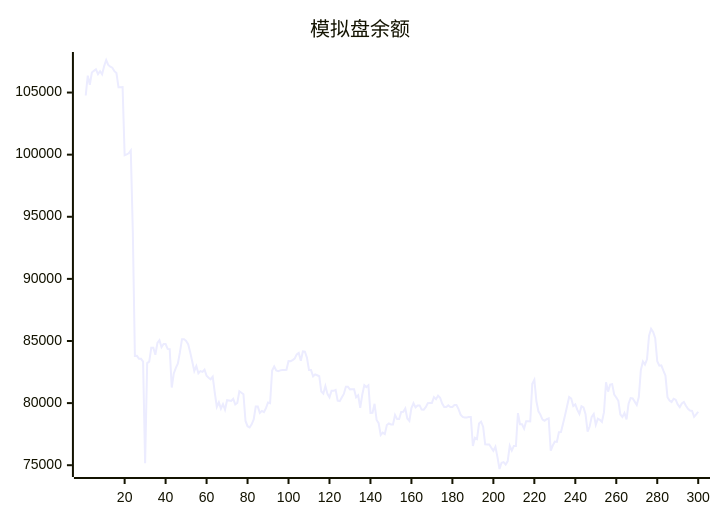
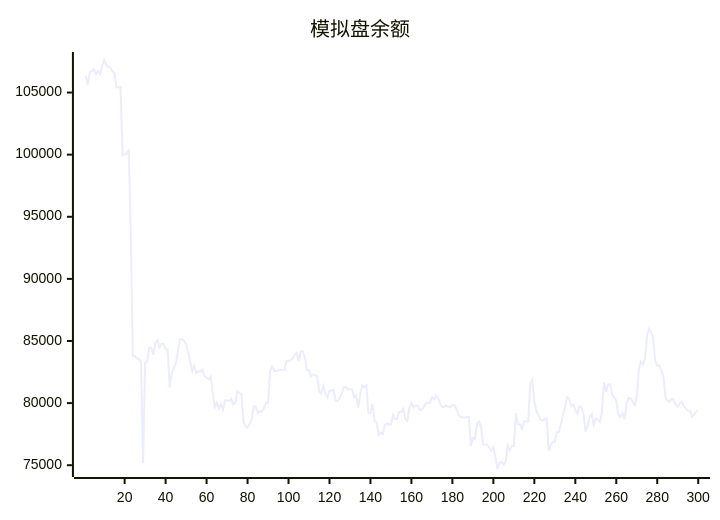
The diagram in README.md (aahl/ai-trading), drawn with Mermaid before and after one commit. The commit also changed other lines of this file and 1 other file, not shown here.

````diff
--- a/README.md
+++ b/README.md
@@ -5,5 +5,5 @@
 ```mermaid
 xychart
     title "模拟盘余额"
-    line [104762,106364,105628,106608,106748,106872,106485,106721,106468,107132,107620,107224,107080,107001,106717,106567,105431,105431,105440,99950,100017,100113,100337,93749,83795,83807,83567,83567,83342,75168,83222,83336,84448,84449,83896,84839,85065,84499,84757,84757,84364,84347,81254,82385,82835,83184,84099,85150,85150,85002,84751,84096,83356,82582,82983,82404,82572,82512,82688,82200,82047,81920,82125,80840,79688,80060,79552,79920,79470,80236,80208,80170,80336,79894,80006,80954,80837,80712,78561,78139,78037,78293,78682,79720,79720,79214,79372,79279,79591,80046,79993,82625,82950,82626,82571,82633,82670,82670,82681,83386,83378,83464,83579,83920,84037,83402,84160,84142,83652,82655,82655,82145,82315,82243,82163,80934,80770,81371,80742,80468,80989,80989,81067,80191,80155,80450,80737,81309,81309,81106,81119,81119,80471,80631,79624,80670,81448,81290,81429,79212,79222,79940,78643,78380,77432,77623,77504,78235,78358,78284,78277,79048,78714,78714,79290,79308,79567,78763,78563,79603,79988,79652,79813,79813,79476,79469,79673,79995,80015,80015,80486,80314,80600,80436,79966,79689,79689,79819,79692,79692,79850,79850,79518,79071,78889,78850,78850,78878,78878,76554,77202,77103,78357,78510,78106,76678,76677,76672,76411,76159,76485,75656,74695,75197,75246,75052,75334,76564,76179,76553,76551,79196,78300,78300,77944,78531,78531,78521,81564,81884,80160,79335,79055,78675,78580,78708,78764,76179,76586,76902,76876,77658,77669,78346,79023,79769,80497,80366,79761,79896,79448,79126,79749,79658,79097,77695,78114,78888,79126,78249,78738,78653,78478,79271,81680,80923,81488,81527,80681,80455,80190,79084,78879,79193,78686,79954,80403,80374,80118,79848,80491,82665,83351,83098,83525,85430,85983,85737,85221,83378,83014,83043,82613,82216,80477,80208,80081,80348,80277,79894,79670,79965,80093,79786,79542,79406,79371,78893,79087,79304]
+    line [106364,105628,106608,106748,106872,106485,106721,106468,107132,107620,107224,107080,107001,106717,106567,105431,105431,105440,99950,100017,100113,100337,93749,83795,83807,83567,83567,83342,75168,83222,83336,84448,84449,83896,84839,85065,84499,84757,84757,84364,84347,81254,82385,82835,83184,84099,85150,85150,85002,84751,84096,83356,82582,82983,82404,82572,82512,82688,82200,82047,81920,82125,80840,79688,80060,79552,79920,79470,80236,80208,80170,80336,79894,80006,80954,80837,80712,78561,78139,78037,78293,78682,79720,79720,79214,79372,79279,79591,80046,79993,82625,82950,82626,82571,82633,82670,82670,82681,83386,83378,83464,83579,83920,84037,83402,84160,84142,83652,82655,82655,82145,82315,82243,82163,80934,80770,81371,80742,80468,80989,80989,81067,80191,80155,80450,80737,81309,81309,81106,81119,81119,80471,80631,79624,80670,81448,81290,81429,79212,79222,79940,78643,78380,77432,77623,77504,78235,78358,78284,78277,79048,78714,78714,79290,79308,79567,78763,78563,79603,79988,79652,79813,79813,79476,79469,79673,79995,80015,80015,80486,80314,80600,80436,79966,79689,79689,79819,79692,79692,79850,79850,79518,79071,78889,78850,78850,78878,78878,76554,77202,77103,78357,78510,78106,76678,76677,76672,76411,76159,76485,75656,74695,75197,75246,75052,75334,76564,76179,76553,76551,79196,78300,78300,77944,78531,78531,78521,81564,81884,80160,79335,79055,78675,78580,78708,78764,76179,76586,76902,76876,77658,77669,78346,79023,79769,80497,80366,79761,79896,79448,79126,79749,79658,79097,77695,78114,78888,79126,78249,78738,78653,78478,79271,81680,80923,81488,81527,80681,80455,80190,79084,78879,79193,78686,79954,80403,80374,80118,79848,80491,82665,83351,83098,83525,85430,85983,85737,85221,83378,83014,83043,82613,82216,80477,80208,80081,80348,80277,79894,79670,79965,80093,79786,79542,79406,79371,78893,79087,79304,79406]
 ```
````
